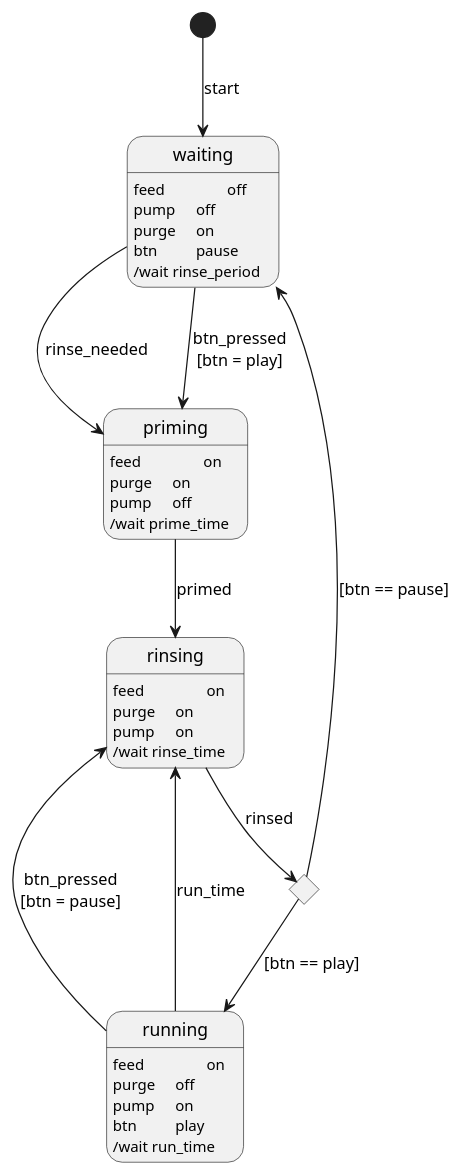
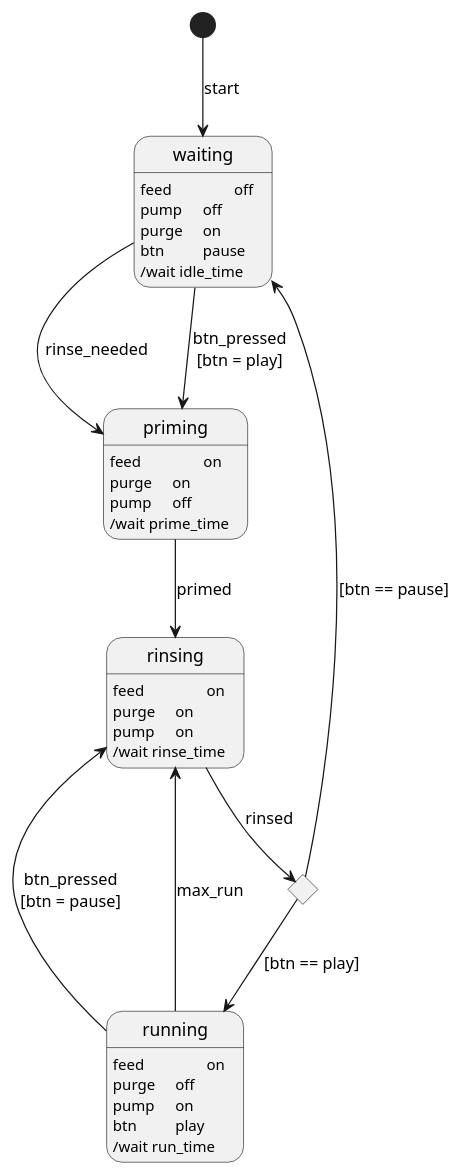
One commit to rlhatcher/aquarium changed the diagram in water/water_state.puml. Above: the diagram before and after it, drawn with PlantUML. The commit also changed 2 other files, not shown here.

```diff
--- a/water/water_state.puml
+++ b/water/water_state.puml
@@ -1,45 +1,45 @@
 @startuml water_state
 hide empty description
 
 state waiting {
   waiting: feed\t\toff
   waiting: pump\toff
   waiting: purge\ton
   waiting: btn\t\tpause
-  waiting: /wait rinse_period
+  waiting: /wait idle_time
 }
 
 state priming {
   priming : feed\t\ton
   priming : purge\ton
   priming : pump\toff
   priming : /wait prime_time
 }
 
 state rinsing {
     rinsing: feed\t\ton
     rinsing: purge\ton 
     rinsing: pump\ton
     rinsing: /wait rinse_time
 }
 
 state running {
   running: feed\t\ton
   running: purge\toff
   running: pump\ton
   running: btn\t\tplay
   running: /wait run_time
 }
 
 state stopstart <<choice>>
 [*] --> waiting : start
 waiting --> priming : rinse_needed
 waiting --> priming : btn_pressed\n[btn = play]
 priming --> rinsing: primed
 rinsing --> stopstart: rinsed
 stopstart --> running : [btn == play]
 running --> rinsing: btn_pressed\n[btn = pause]
 stopstart--> waiting : [btn == pause]
-running --> rinsing: run_time
+running --> rinsing: max_run
 
 @enduml
```
